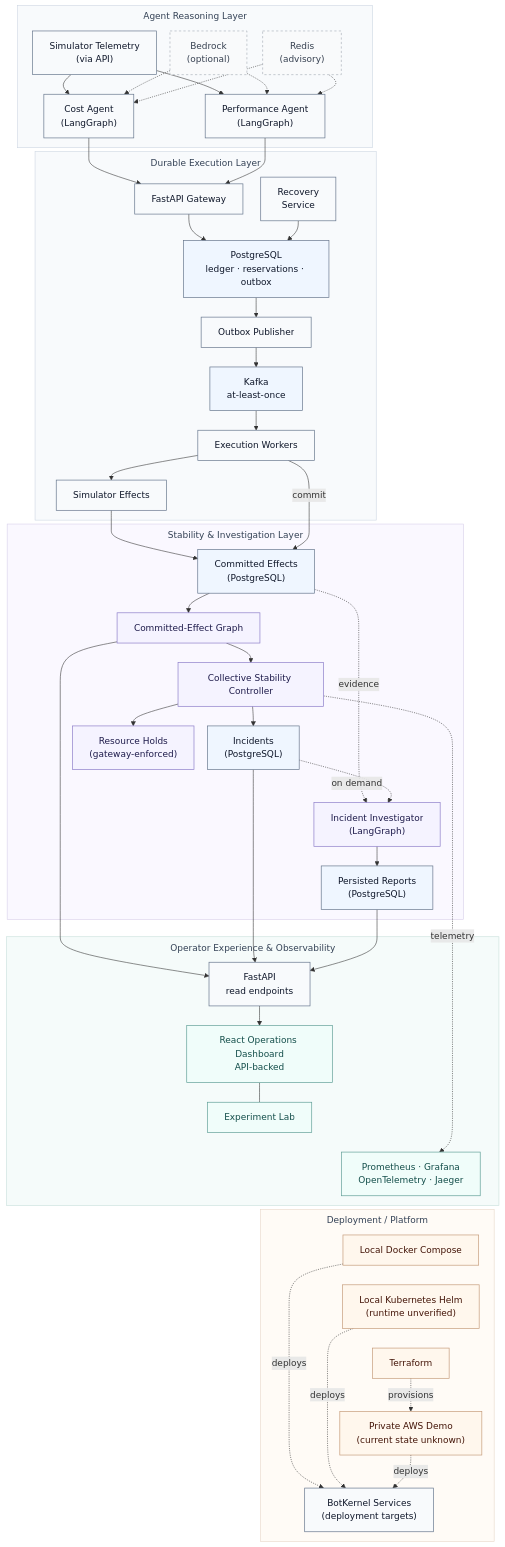
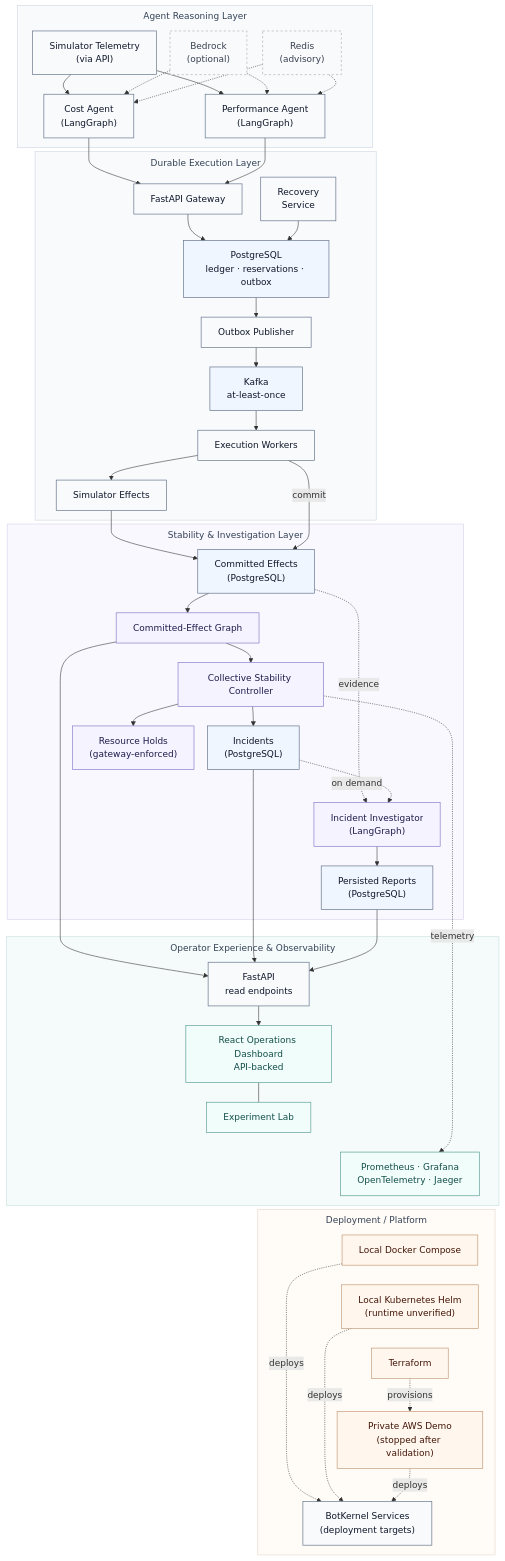
One commit to vedantkesharia/BotKernel changed the diagram in README.md. Above: the diagram before and after it, drawn with Mermaid. The commit also changed other lines of this file and 15 other files, not shown here.

```diff
--- a/README.md
+++ b/README.md
@@ -70,7 +70,7 @@
     CMP["Local Docker Compose"]:::infra
     K8S["Local Kubernetes Helm<br/>(runtime unverified)"]:::infra
     TF["Terraform"]:::infra
-    AWS["Private AWS Demo<br/>(current state unknown)"]:::infra
+    AWS["Private AWS Demo<br/>(stopped after validation)"]:::infra
     RUN["BotKernel Services<br/>(deployment targets)"]:::service
     CMP ~~~ K8S ~~~ TF
     TF -. provisions .-> AWS
```
